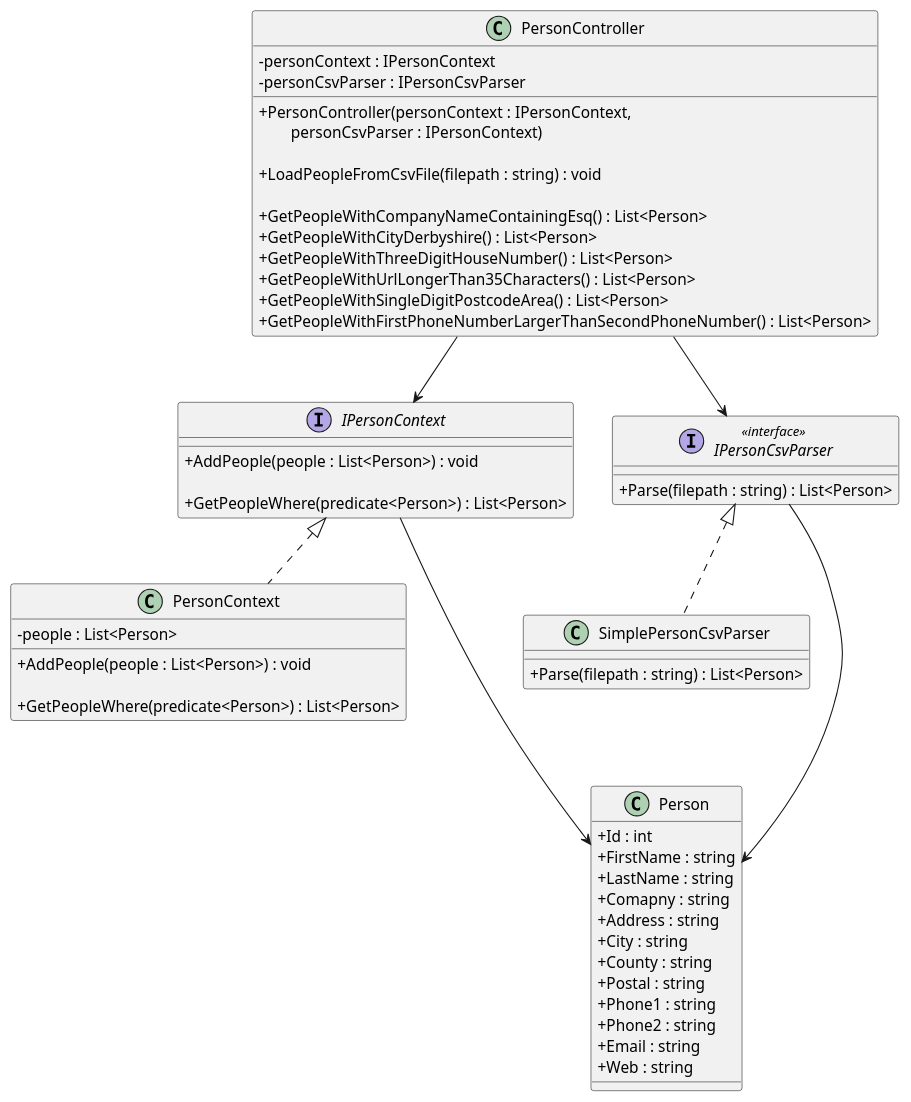
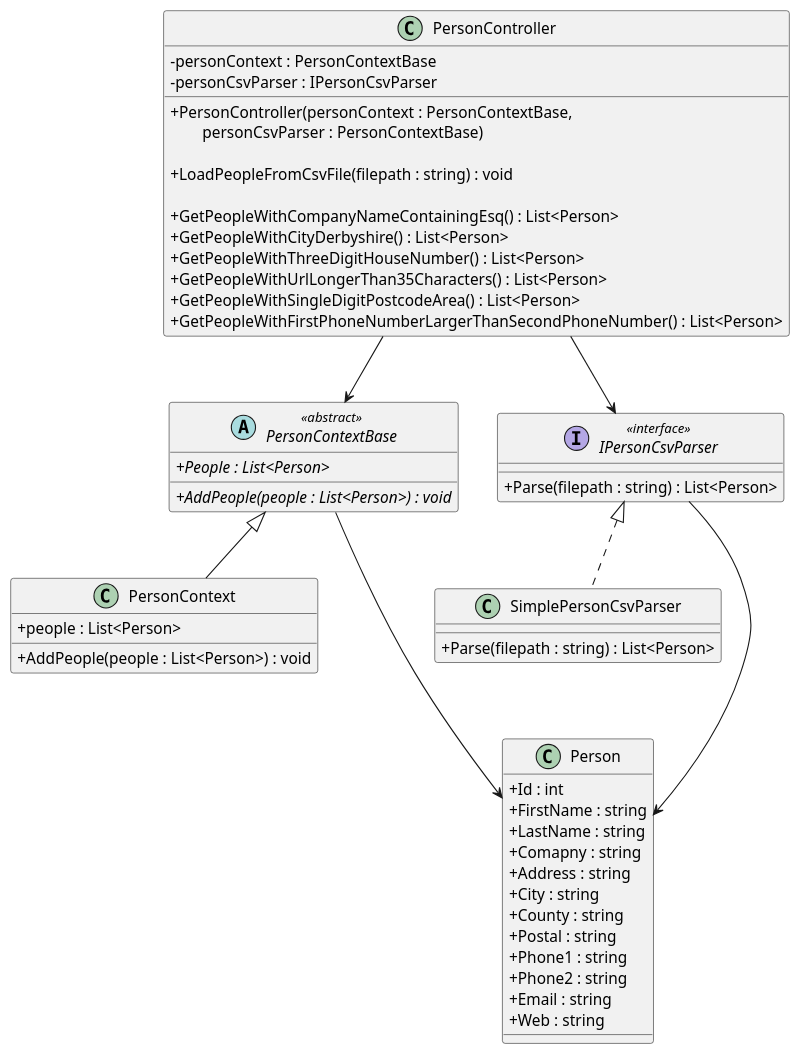
One commit to iamfranco/PersonConsoleApp changed the diagram in diagrams/UML/PersonApp.puml. Above: the diagram before and after it, drawn with PlantUML. The commit also changed 1 other file, not shown here.

Commit message:
UML change IPersonContext interface into PersonContextBase abstract class, to hold People property

```diff
--- a/diagrams/UML/PersonApp.puml
+++ b/diagrams/UML/PersonApp.puml
@@ -1,67 +1,65 @@
 @startuml "PersonApp"
 skinparam ClassAttributeIconSize 0
 
 class PersonController {
-    - personContext : IPersonContext
+    - personContext : PersonContextBase
     - personCsvParser : IPersonCsvParser
 
-    + PersonController(personContext : IPersonContext, \n\
-        personCsvParser : IPersonContext)
+    + PersonController(personContext : PersonContextBase, \n\
+        personCsvParser : PersonContextBase)
 
     + LoadPeopleFromCsvFile(filepath : string) : void
 
     + GetPeopleWithCompanyNameContainingEsq() : List<Person>
     + GetPeopleWithCityDerbyshire() : List<Person>
     + GetPeopleWithThreeDigitHouseNumber() : List<Person>
     + GetPeopleWithUrlLongerThan35Characters() : List<Person>
     + GetPeopleWithSingleDigitPostcodeArea() : List<Person>
     + GetPeopleWithFirstPhoneNumberLargerThanSecondPhoneNumber() : List<Person>
 }
 
-interface IPersonContext {
-    + AddPeople(people : List<Person>) : void
-    
-    + GetPeopleWhere(predicate<Person>) : List<Person>
+abstract PersonContextBase <<abstract>> {
+    {abstract} + People : List<Person>
+
+    {abstract} + AddPeople(people : List<Person>) : void
 }
 
 class PersonContext {
-    - people : List<Person>
+    + people : List<Person>
 
     + AddPeople(people : List<Person>) : void
-    
-    + GetPeopleWhere(predicate<Person>) : List<Person>
 }
 
 interface IPersonCsvParser <<interface>> {
     + Parse(filepath : string) : List<Person>
 }
 
 class SimplePersonCsvParser {
     + Parse(filepath : string) : List<Person>
 }
 
 class Person {
     + Id : int
     + FirstName : string
     + LastName : string
     + Comapny : string
     + Address : string
     + City : string
     + County : string
     + Postal : string
     + Phone1 : string
     + Phone2 : string
     + Email : string
     + Web : string
 }
 
-PersonController --> IPersonContext
+PersonController --> PersonContextBase
 PersonController --> IPersonCsvParser
 
-IPersonContext <|.. PersonContext
-IPersonContext ---> Person
+PersonContextBase <|-- PersonContext
+PersonContextBase ---> Person
 
 IPersonCsvParser <|.. SimplePersonCsvParser
 IPersonCsvParser ---> Person
 
 @enduml
```
